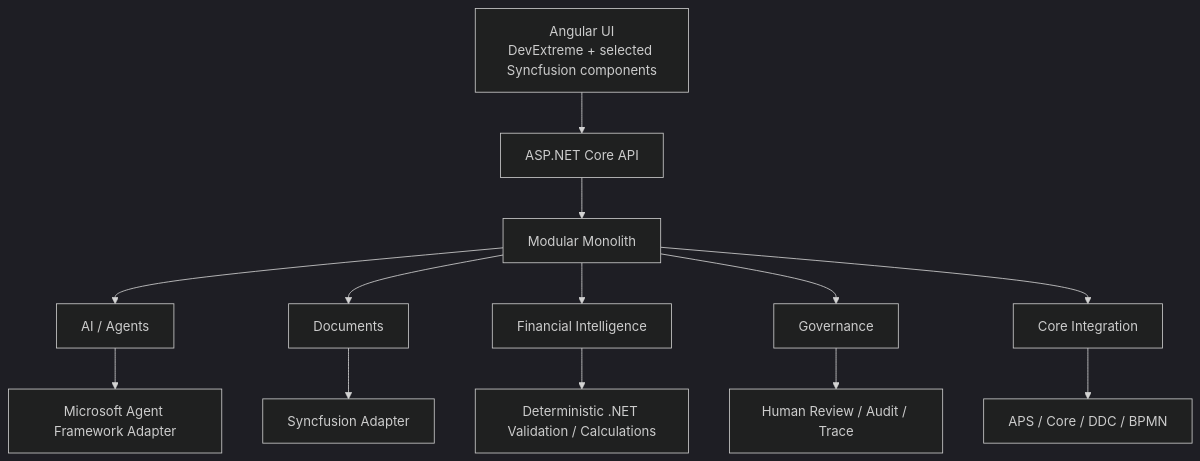
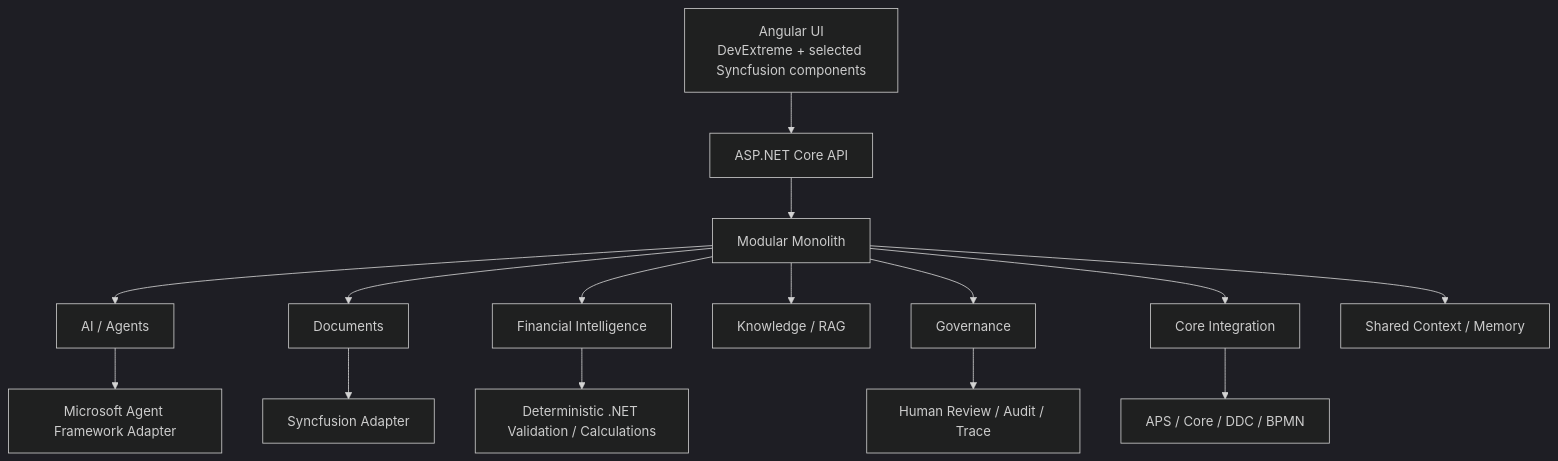
The sixth of 15 diagrams in docs/AI-Intelligence-Platform-Overview.md (Milancho/ai-engineering-playbook), drawn with Mermaid (dark theme) before and after one commit. The commit also changed other lines of this file, not shown here.

````diff
--- a/docs/AI-Intelligence-Platform-Overview.md
+++ b/docs/AI-Intelligence-Platform-Overview.md
@@ -111,16 +168,18 @@
 ```mermaid
 flowchart TB
     UI[Angular UI<br/>DevExtreme + selected Syncfusion components] --> API[ASP.NET Core API]
     API --> MM[Modular Monolith]
     MM --> AG[AI / Agents]
     MM --> DOC[Documents]
     MM --> FIN[Financial Intelligence]
+    MM --> KNOW[Knowledge / RAG]
     MM --> GOV[Governance]
     MM --> INT[Core Integration]
+    MM --> CTX[Shared Context / Memory]
 
     AG --> MAF[Microsoft Agent Framework Adapter]
     DOC --> SF[Syncfusion Adapter]
     FIN --> DET[Deterministic .NET Validation / Calculations]
     GOV --> HITL[Human Review / Audit / Trace]
     INT --> CORE[APS / Core / DDC / BPMN]
 ```
````
